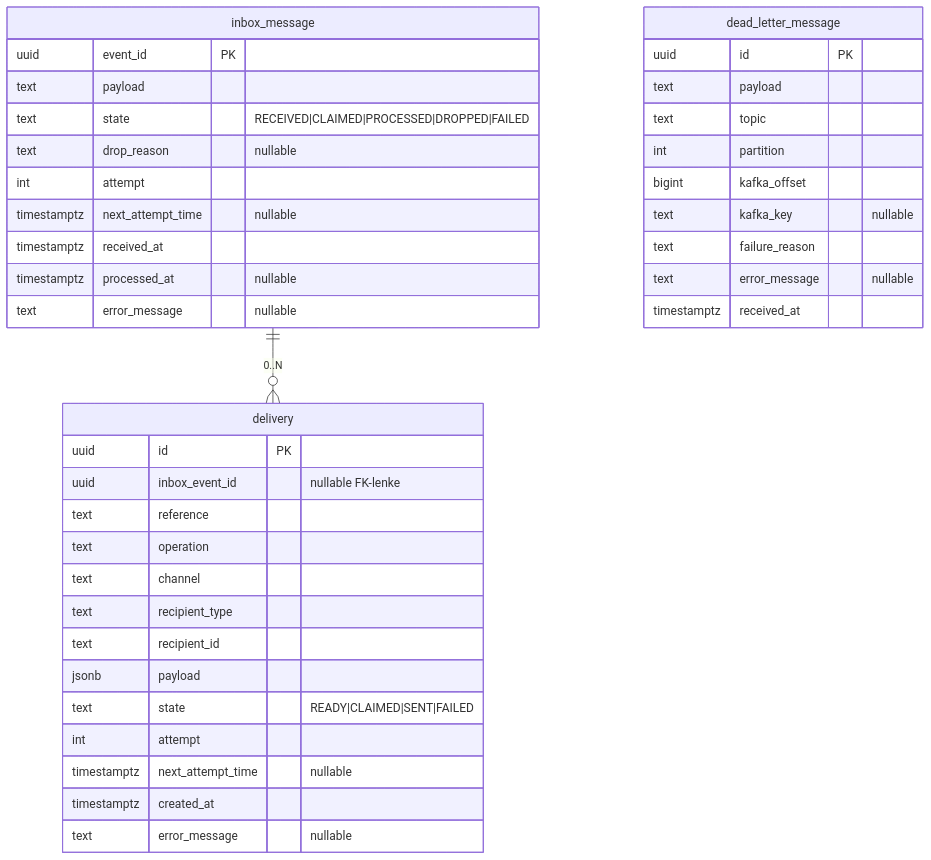
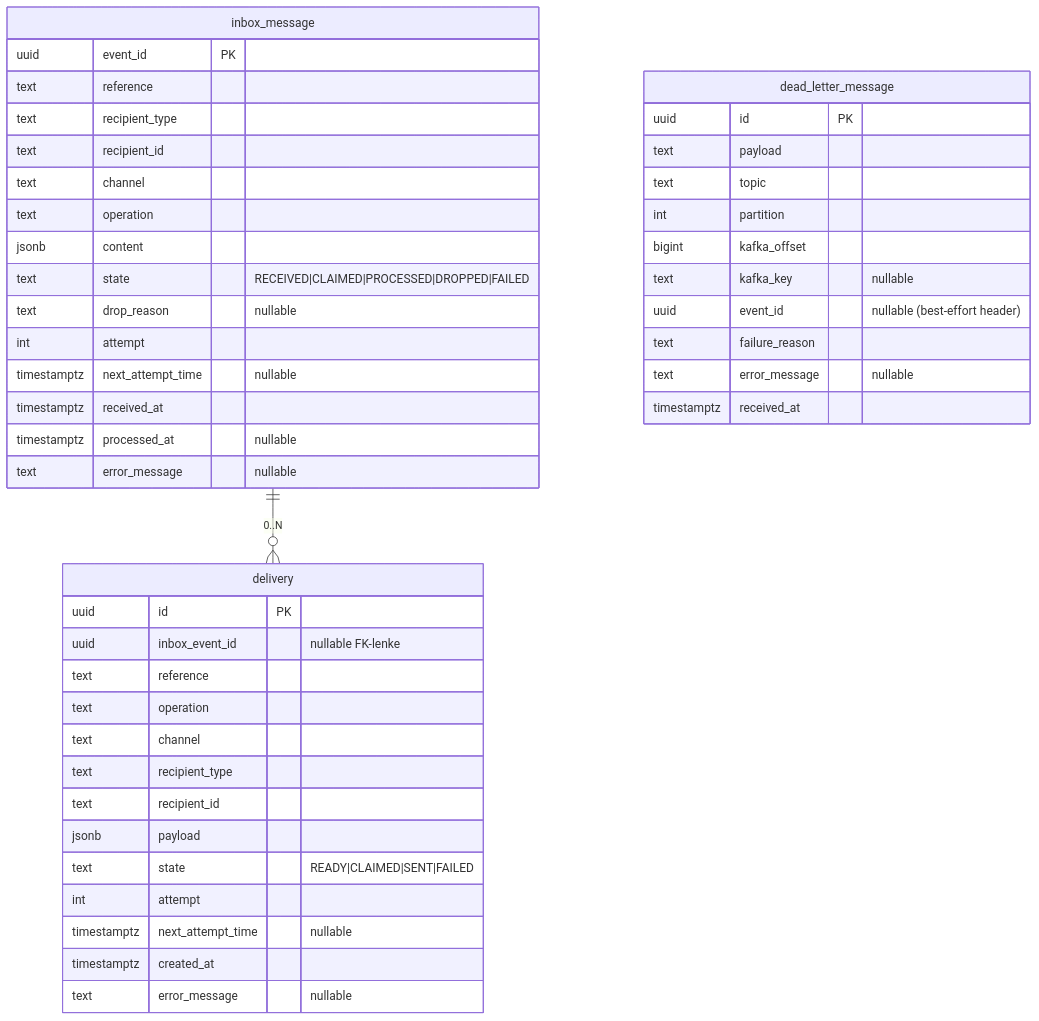
One commit to navikt/syfo-budstikka changed the diagram in docs/datamodell.md. Above: the diagram before and after it, drawn with Mermaid. The commit also changed other lines of this file and 4 other files, not shown here.

````diff
--- a/docs/datamodell.md
+++ b/docs/datamodell.md
@@ -8,44 +8,50 @@
 ```mermaid
 erDiagram
     inbox_message ||--o{ delivery : "0..N"
 
     inbox_message {
         uuid        event_id PK
-        text        payload
+        text        reference
+        text        recipient_type
+        text        recipient_id
+        text        channel
+        text        operation
+        jsonb       content
         text        state "RECEIVED|CLAIMED|PROCESSED|DROPPED|FAILED"
         text        drop_reason "nullable"
         int         attempt
         timestamptz next_attempt_time "nullable"
         timestamptz received_at
         timestamptz processed_at "nullable"
         text        error_message "nullable"
     }
 
     delivery {
         uuid        id PK
         uuid        inbox_event_id "nullable FK-lenke"
         text        reference
         text        operation
         text        channel
         text        recipient_type
         text        recipient_id
         jsonb       payload
         text        state "READY|CLAIMED|SENT|FAILED"
         int         attempt
         timestamptz next_attempt_time "nullable"
         timestamptz created_at
         text        error_message "nullable"
     }
 
     dead_letter_message {
         uuid        id PK
         text        payload
         text        topic
         int         partition
         bigint      kafka_offset
         text        kafka_key "nullable"
+        uuid        event_id "nullable (best-effort header)"
         text        failure_reason
         text        error_message "nullable"
         timestamptz received_at
     }
 ```
````
